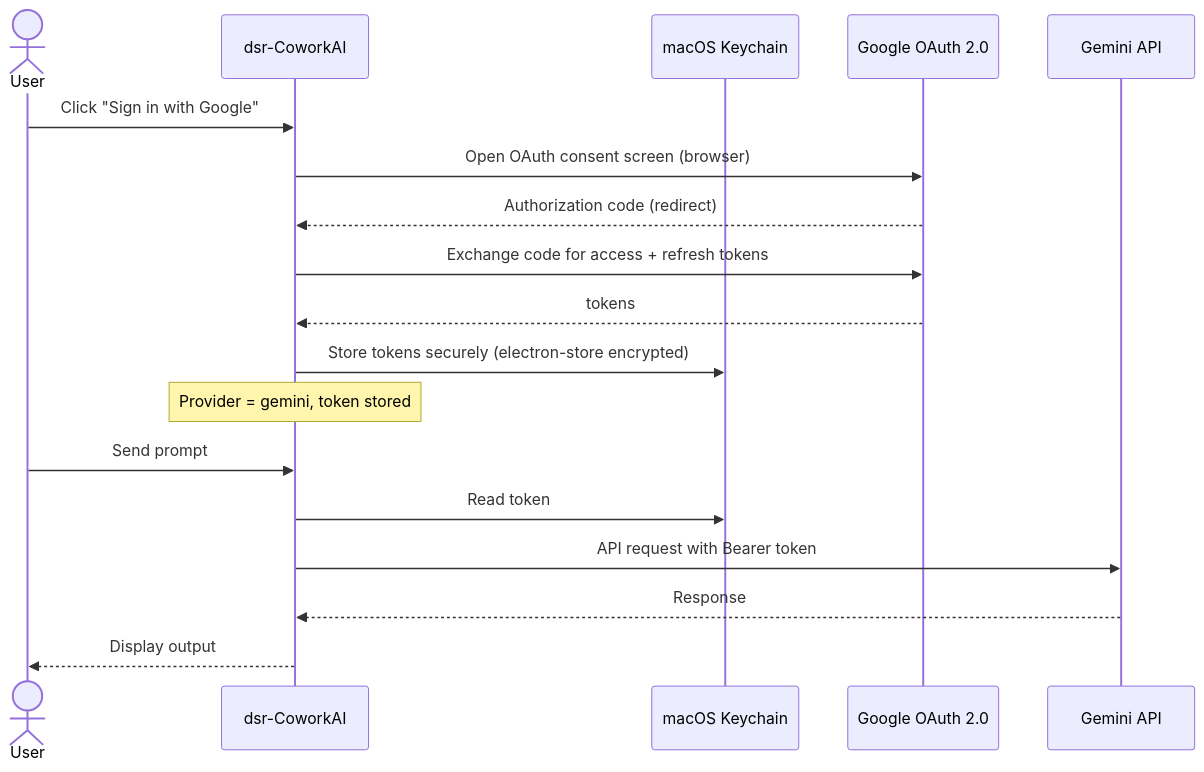
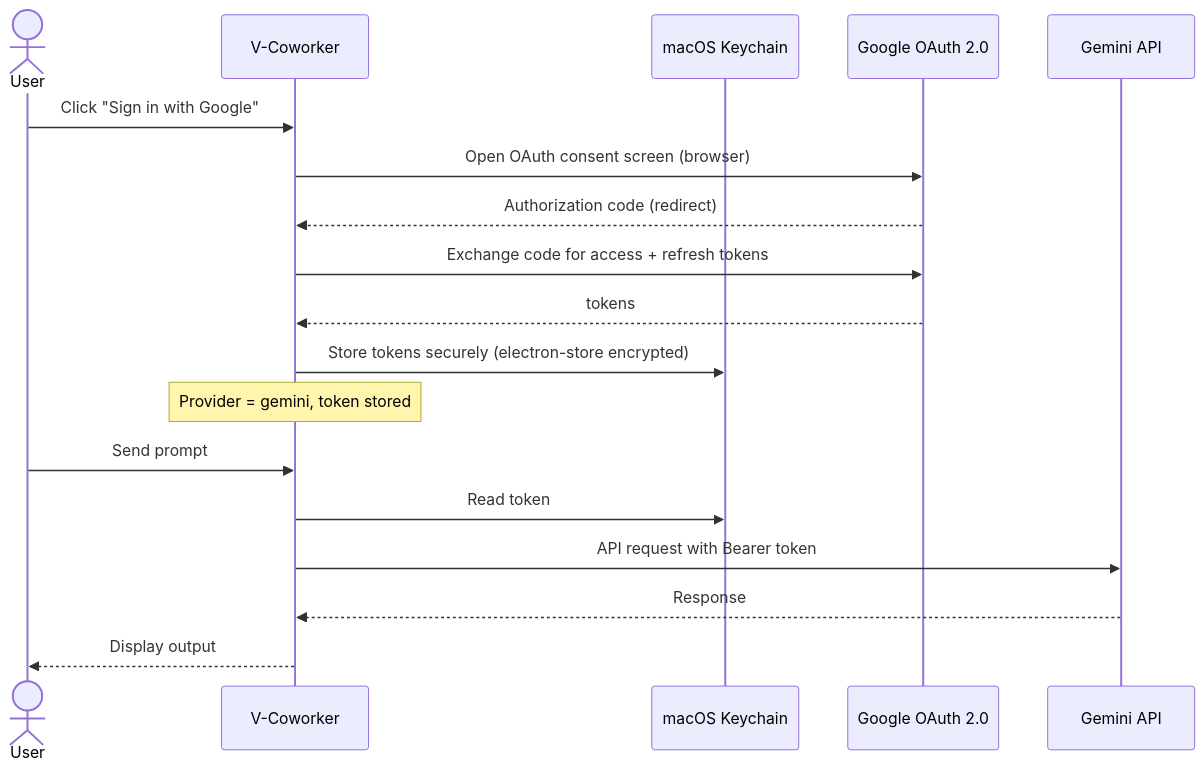
The second of 8 diagrams in Architecture.md (dineshsrivastava07-cell/dsr-CoworkAI), drawn with Mermaid before and after one commit. The commit also changed other lines of this file and 11 other files, not shown here.

````diff
--- a/Architecture.md
+++ b/Architecture.md
@@ -70,22 +70,22 @@
 ```mermaid
 sequenceDiagram
     actor User
-    participant App as dsr-CoworkAI
+    participant App as V-Coworker
     participant OS as macOS Keychain
     participant Google as Google OAuth 2.0
     participant Gemini as Gemini API
 
     User->>App: Click "Sign in with Google"
     App->>Google: Open OAuth consent screen (browser)
     Google-->>App: Authorization code (redirect)
     App->>Google: Exchange code for access + refresh tokens
     Google-->>App: tokens
     App->>OS: Store tokens securely (electron-store encrypted)
     Note over App: Provider = gemini, token stored
 
     User->>App: Send prompt
     App->>OS: Read token
     App->>Gemini: API request with Bearer token
     Gemini-->>App: Response
     App-->>User: Display output
 ```
````
